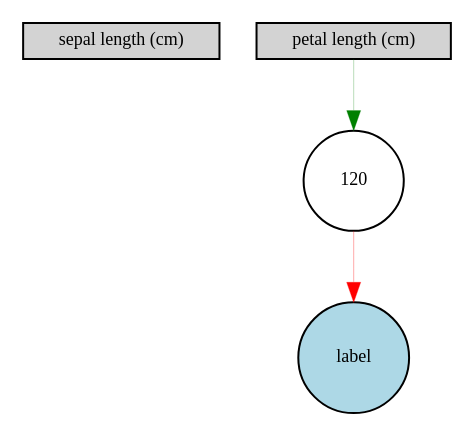
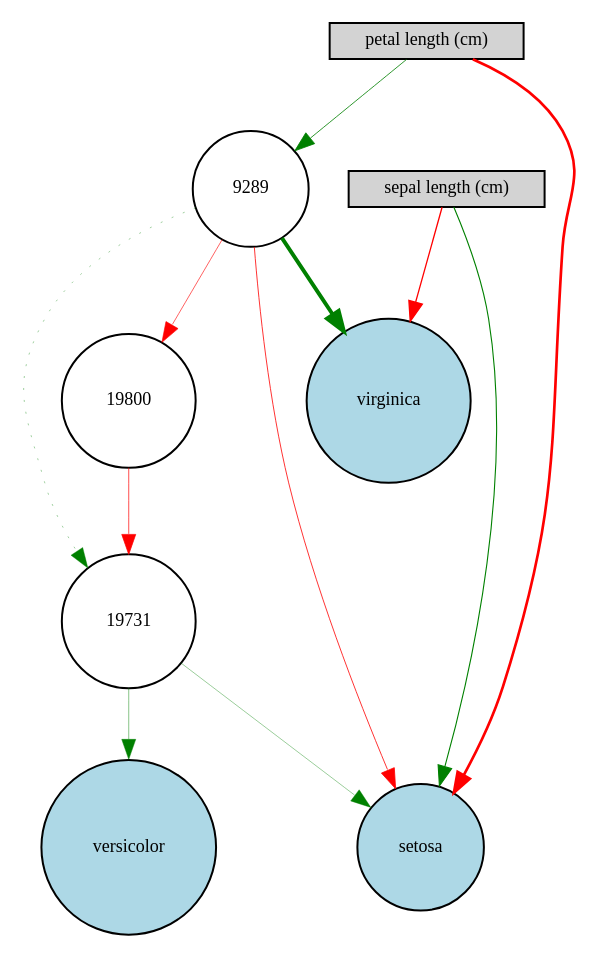
One commit to Maxwell1447/Neuro-evolution-in-speaker-recognition changed the diagram in iris/Digraph.gv. Above: the diagram before and after it, drawn with Graphviz. The commit also changed 7 other files, not shown here.

```diff
--- a/iris/Digraph.gv
+++ b/iris/Digraph.gv
@@ -1,9 +1,22 @@
 digraph {
 	node [fontsize=9 height=0.2 shape=circle width=0.2]
 	"sepal length (cm)" [fillcolor=lightgray shape=box style=filled]
 	"petal length (cm)" [fillcolor=lightgray shape=box style=filled]
-	label [fillcolor=lightblue style=filled]
-	120 [fillcolor=white style=filled]
-	"petal length (cm)" -> 120 [color=green penwidth=0.13868918767165547 style=solid]
-	120 -> label [color=red penwidth=0.16859806106039826 style=solid]
+	setosa [fillcolor=lightblue style=filled]
+	versicolor [fillcolor=lightblue style=filled]
+	virginica [fillcolor=lightblue style=filled]
+	9289 [fillcolor=white style=filled]
+	19731 [fillcolor=white style=filled]
+	19800 [fillcolor=white style=filled]
+	"sepal length (cm)" -> setosa [color=green penwidth=0.5453363948864929 style=solid]
+	"sepal length (cm)" -> virginica [color=red penwidth=0.6600364110728175 style=solid]
+	"petal length (cm)" -> setosa [color=red penwidth=1.3436693469098957 style=solid]
+	"petal length (cm)" -> 9289 [color=green penwidth=0.41071040415759386 style=solid]
+	9289 -> virginica [color=green penwidth=1.9401760864251874 style=solid]
+	9289 -> setosa [color=red penwidth=0.39923687990280143 style=solid]
+	9289 -> 19731 [color=green penwidth=0.18888410860697213 style=dotted]
+	19731 -> setosa [color=green penwidth=0.19639579029550264 style=solid]
+	9289 -> 19800 [color=red penwidth=0.3120715818621541 style=solid]
+	19800 -> 19731 [color=red penwidth=0.34632930518144744 style=solid]
+	19731 -> versicolor [color=green penwidth=0.24446524353034113 style=solid]
 }
```
